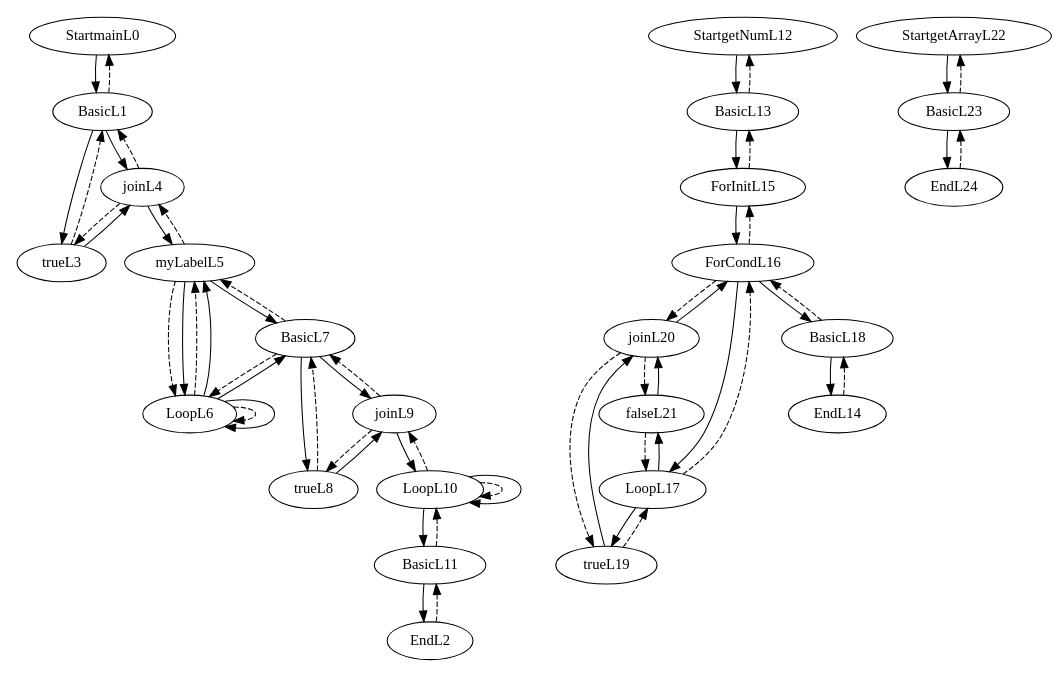
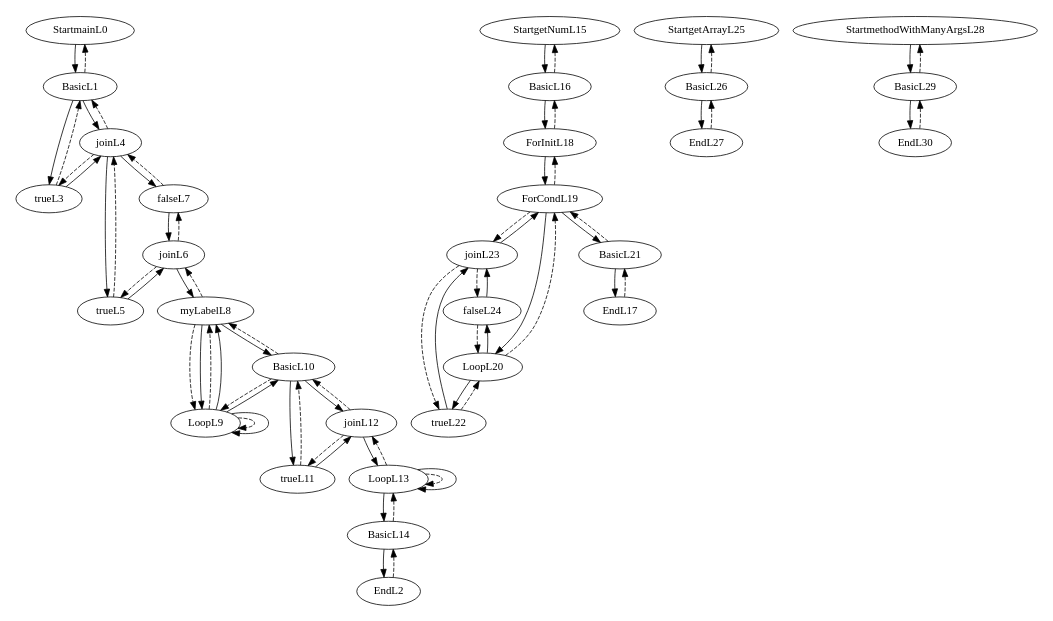
The diagram in target/classes/target/classes/target/classes/cfg.gv (thomassimko/thesis-code-duplication), drawn with Graphviz before and after one commit. The commit also changed 177 other files, not shown here.

```diff
--- a/target/classes/target/classes/target/classes/cfg.gv
+++ b/target/classes/target/classes/target/classes/cfg.gv
@@ -1,63 +1,75 @@
 digraph G {
 size ="8.5,11";
 StartmainL0 -> BasicL1
 BasicL1 -> StartmainL0 [style=dashed]
 BasicL1 -> trueL3
 trueL3 -> BasicL1 [style=dashed]
 trueL3 -> joinL4
 joinL4 -> trueL3 [style=dashed]
 joinL4 -> BasicL1 [style=dashed]
-joinL4 -> myLabelL5
-myLabelL5 -> joinL4 [style=dashed]
-myLabelL5 -> LoopL6 [style=dashed]
-myLabelL5 -> LoopL6
-LoopL6 -> myLabelL5 [style=dashed]
-LoopL6 -> LoopL6 [style=dashed]
-LoopL6 -> myLabelL5
-LoopL6 -> LoopL6
-LoopL6 -> BasicL7
-BasicL7 -> myLabelL5 [style=dashed]
-BasicL7 -> LoopL6 [style=dashed]
-BasicL7 -> trueL8
-trueL8 -> BasicL7 [style=dashed]
-trueL8 -> joinL9
-joinL9 -> trueL8 [style=dashed]
-joinL9 -> BasicL7 [style=dashed]
-joinL9 -> LoopL10
-LoopL10 -> joinL9 [style=dashed]
-LoopL10 -> LoopL10 [style=dashed]
-LoopL10 -> BasicL11
-BasicL11 -> LoopL10 [style=dashed]
-BasicL11 -> EndL2
-EndL2 -> BasicL11 [style=dashed]
-LoopL10 -> LoopL10
-BasicL7 -> joinL9
-myLabelL5 -> BasicL7
+joinL4 -> trueL5
+trueL5 -> joinL4 [style=dashed]
+trueL5 -> joinL6
+joinL6 -> trueL5 [style=dashed]
+joinL6 -> falseL7 [style=dashed]
+joinL6 -> myLabelL8
+myLabelL8 -> joinL6 [style=dashed]
+myLabelL8 -> LoopL9 [style=dashed]
+myLabelL8 -> LoopL9
+LoopL9 -> myLabelL8 [style=dashed]
+LoopL9 -> LoopL9 [style=dashed]
+LoopL9 -> myLabelL8
+LoopL9 -> LoopL9
+LoopL9 -> BasicL10
+BasicL10 -> myLabelL8 [style=dashed]
+BasicL10 -> LoopL9 [style=dashed]
+BasicL10 -> trueL11
+trueL11 -> BasicL10 [style=dashed]
+trueL11 -> joinL12
+joinL12 -> trueL11 [style=dashed]
+joinL12 -> BasicL10 [style=dashed]
+joinL12 -> LoopL13
+LoopL13 -> joinL12 [style=dashed]
+LoopL13 -> LoopL13 [style=dashed]
+LoopL13 -> BasicL14
+BasicL14 -> LoopL13 [style=dashed]
+BasicL14 -> EndL2
+EndL2 -> BasicL14 [style=dashed]
+LoopL13 -> LoopL13
+BasicL10 -> joinL12
+myLabelL8 -> BasicL10
+joinL4 -> falseL7
+falseL7 -> joinL4 [style=dashed]
+falseL7 -> joinL6
 BasicL1 -> joinL4
-StartgetNumL12 -> BasicL13
-BasicL13 -> StartgetNumL12 [style=dashed]
-BasicL13 -> ForInitL15
-ForInitL15 -> BasicL13 [style=dashed]
-ForInitL15 -> ForCondL16
-ForCondL16 -> ForInitL15 [style=dashed]
-ForCondL16 -> joinL20 [style=dashed]
-ForCondL16 -> LoopL17
-LoopL17 -> ForCondL16 [style=dashed]
-LoopL17 -> trueL19
-trueL19 -> LoopL17 [style=dashed]
-trueL19 -> joinL20
-joinL20 -> trueL19 [style=dashed]
-joinL20 -> falseL21 [style=dashed]
-joinL20 -> ForCondL16
-LoopL17 -> falseL21
-falseL21 -> LoopL17 [style=dashed]
-falseL21 -> joinL20
-ForCondL16 -> BasicL18
-BasicL18 -> ForCondL16 [style=dashed]
-BasicL18 -> EndL14
-EndL14 -> BasicL18 [style=dashed]
-StartgetArrayL22 -> BasicL23
-BasicL23 -> StartgetArrayL22 [style=dashed]
-BasicL23 -> EndL24
-EndL24 -> BasicL23 [style=dashed]
+StartgetNumL15 -> BasicL16
+BasicL16 -> StartgetNumL15 [style=dashed]
+BasicL16 -> ForInitL18
+ForInitL18 -> BasicL16 [style=dashed]
+ForInitL18 -> ForCondL19
+ForCondL19 -> ForInitL18 [style=dashed]
+ForCondL19 -> joinL23 [style=dashed]
+ForCondL19 -> LoopL20
+LoopL20 -> ForCondL19 [style=dashed]
+LoopL20 -> trueL22
+trueL22 -> LoopL20 [style=dashed]
+trueL22 -> joinL23
+joinL23 -> trueL22 [style=dashed]
+joinL23 -> falseL24 [style=dashed]
+joinL23 -> ForCondL19
+LoopL20 -> falseL24
+falseL24 -> LoopL20 [style=dashed]
+falseL24 -> joinL23
+ForCondL19 -> BasicL21
+BasicL21 -> ForCondL19 [style=dashed]
+BasicL21 -> EndL17
+EndL17 -> BasicL21 [style=dashed]
+StartgetArrayL25 -> BasicL26
+BasicL26 -> StartgetArrayL25 [style=dashed]
+BasicL26 -> EndL27
+EndL27 -> BasicL26 [style=dashed]
+StartmethodWithManyArgsL28 -> BasicL29
+BasicL29 -> StartmethodWithManyArgsL28 [style=dashed]
+BasicL29 -> EndL30
+EndL30 -> BasicL29 [style=dashed]
 }
```
